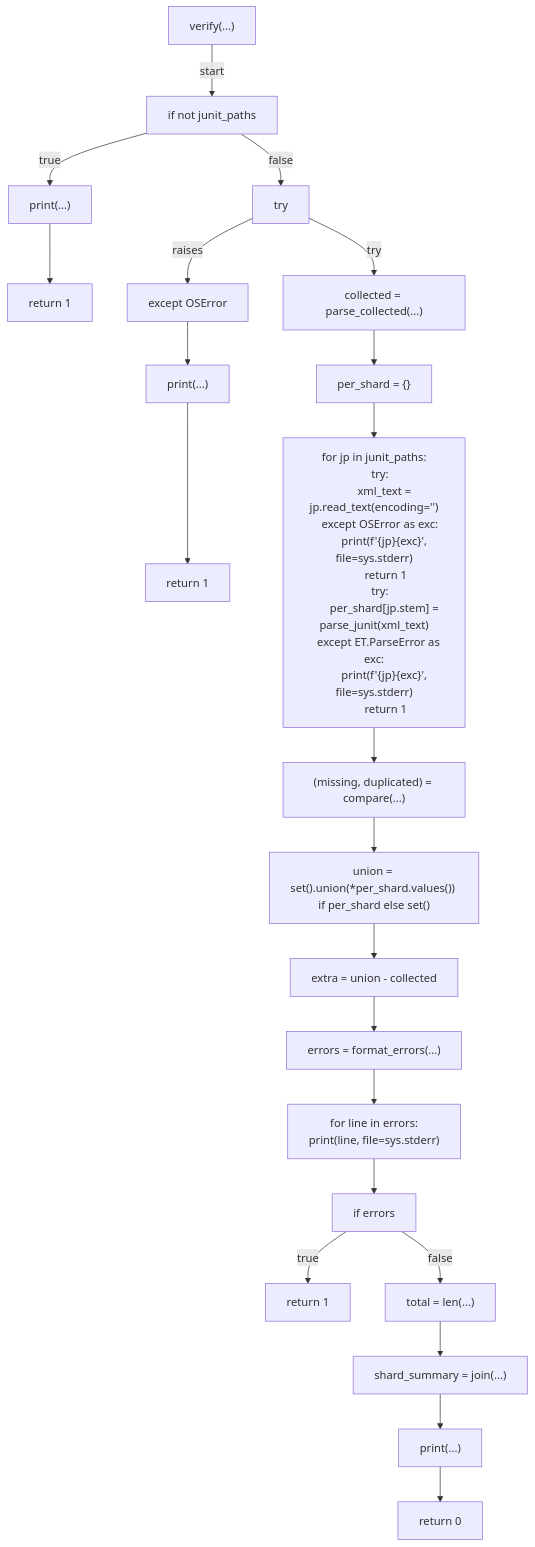
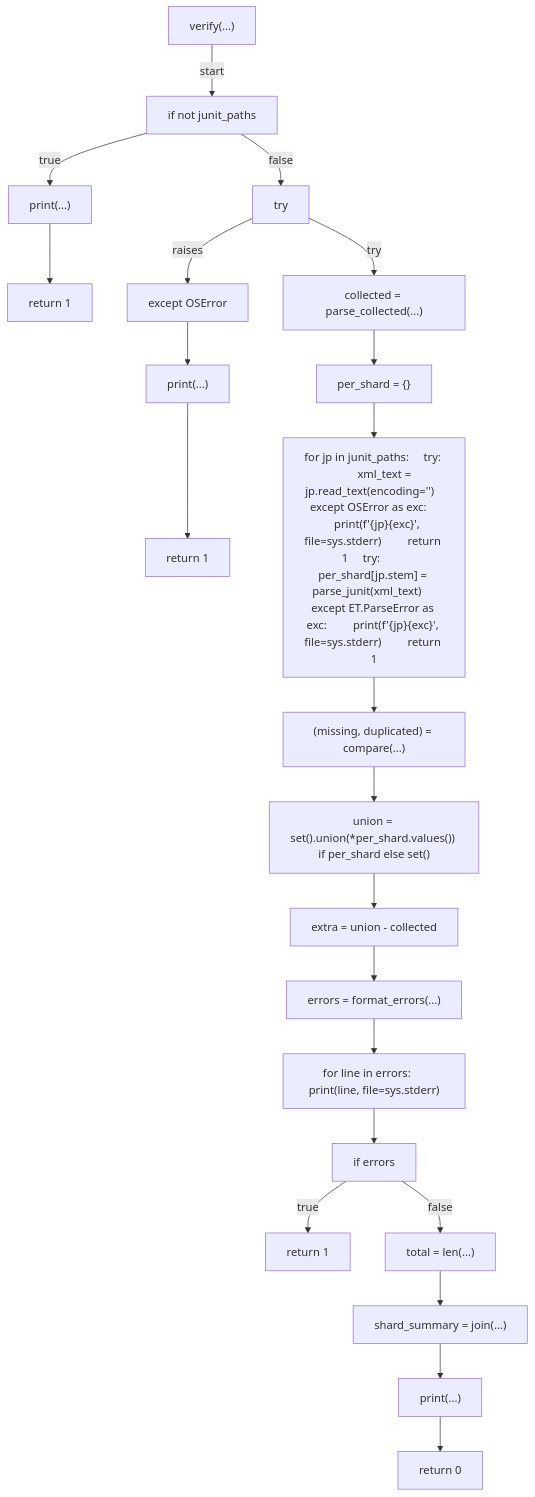
Before and after one commit to tvna/claude-md: the seventh of 8 diagrams in docs/generated/scripts/ast/verify_shard_coverage.md, drawn with Mermaid. The commit also changed other lines of this file and 15 other files, not shown here.

First line of the commit message:
docs(generated): regenerate decision tree and workflow diagrams (batch 5/5)

````diff
--- a/docs/generated/scripts/ast/verify_shard_coverage.md
+++ b/docs/generated/scripts/ast/verify_shard_coverage.md
@@ -120,57 +105,46 @@
 ```mermaid
 flowchart TD
     N001["verify(...)"]
     N002["if not junit_paths"]
     N003["print(...)"]
     N004["return 1"]
     N005["try"]
     N006["collected = parse_collected(...)"]
     N007["except OSError"]
     N008["print(...)"]
     N009["return 1"]
     N010["per_shard = {}"]
-    N011["for jp in junit_paths:
-    try:
-        xml_text = jp.read_text(encoding='<str>')
-    except OSError as exc:
-        print(f'<str>{jp}<str>{exc}', file=sys.stderr)
-        return 1
-    try:
-        per_shard[jp.stem] = parse_junit(xml_text)
-    except ET.ParseError as exc:
-        print(f'<str>{jp}<str>{exc}', file=sys.stderr)
-        return 1"]
+    N011["for jp in junit_paths:     try:         xml_text = jp.read_text(encoding='<str>')     except OSError as exc:         print(f'<str>{jp}<str>{exc}', file=sys.stderr)         return 1     try:         per_shard[jp.stem] = parse_junit(xml_text)     except ET.ParseError as exc:         print(f'<str>{jp}<str>{exc}', file=sys.stderr)         return 1"]
     N012["(missing, duplicated) = compare(...)"]
     N013["union = set().union(*per_shard.values()) if per_shard else set()"]
     N014["extra = union - collected"]
     N015["errors = format_errors(...)"]
-    N016["for line in errors:
-    print(line, file=sys.stderr)"]
+    N016["for line in errors:     print(line, file=sys.stderr)"]
     N017["if errors"]
     N018["return 1"]
     N019["total = len(...)"]
     N020["shard_summary = join(...)"]
     N021["print(...)"]
     N022["return 0"]
     N001 -->|"start"| N002
     N002 -->|"true"| N003
     N003 --> N004
     N002 -->|"false"| N005
     N005 -->|"try"| N006
     N005 -->|"raises"| N007
     N007 --> N008
     N008 --> N009
     N006 --> N010
     N010 --> N011
     N011 --> N012
     N012 --> N013
     N013 --> N014
     N014 --> N015
     N015 --> N016
     N016 --> N017
     N017 -->|"true"| N018
     N017 -->|"false"| N019
     N019 --> N020
     N020 --> N021
     N021 --> N022
 ```
````
